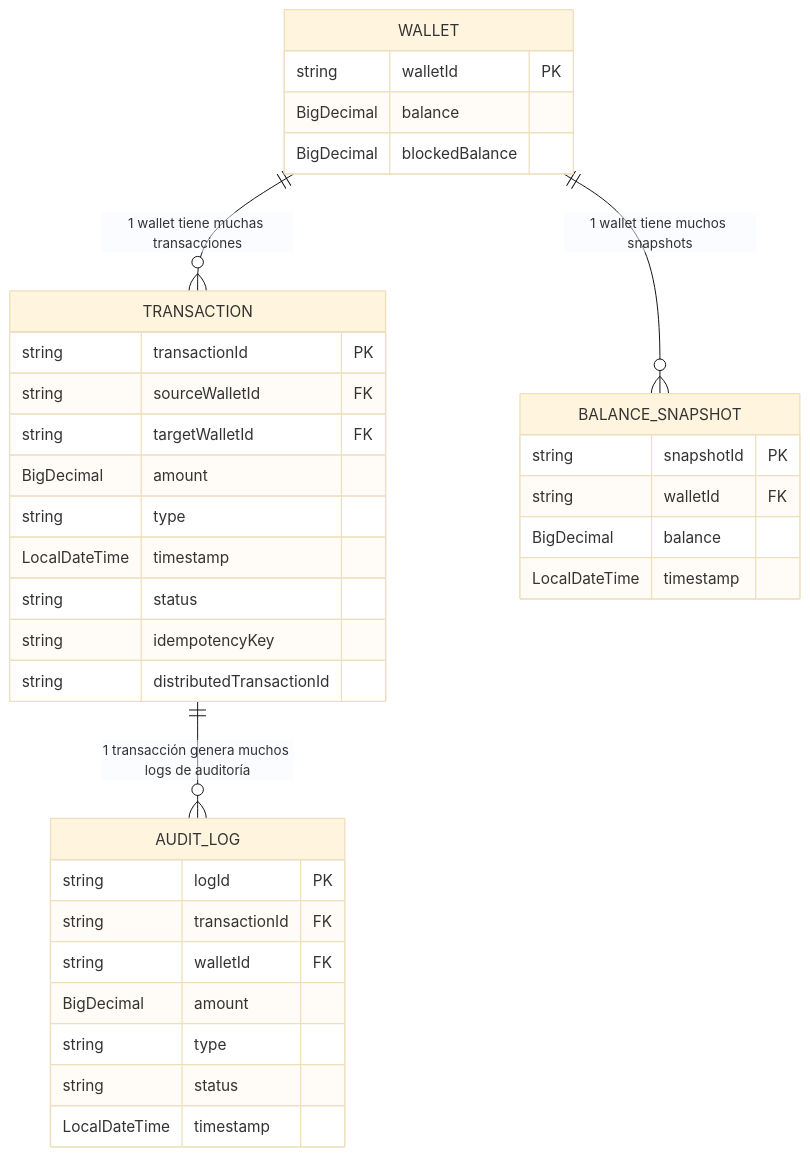
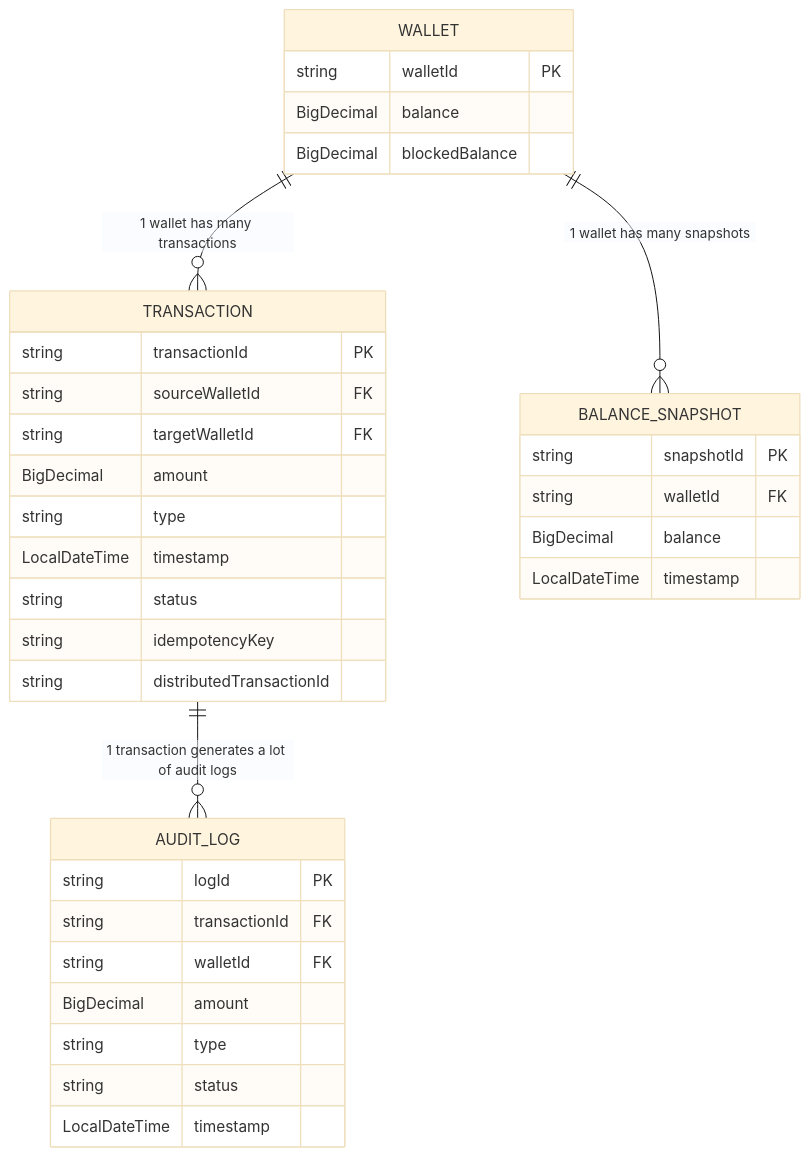
The diagram in README.md (mlennard/wallet-test), drawn with Mermaid (base theme) before and after one commit.

Commit message:
Relationships in english

````diff
--- a/README.md
+++ b/README.md
@@ -5,41 +5,41 @@
 ```mermaid
 erDiagram
-    WALLET ||--o{ TRANSACTION : "1 wallet tiene muchas transacciones"
-    WALLET ||--o{ BALANCE_SNAPSHOT : "1 wallet tiene muchos snapshots"
-    TRANSACTION ||--o{ AUDIT_LOG : "1 transacción genera muchos logs de auditoría"
+    WALLET ||--o{ TRANSACTION : "1 wallet has many transactions"
+    WALLET ||--o{ BALANCE_SNAPSHOT : "1 wallet has many snapshots"
+    TRANSACTION ||--o{ AUDIT_LOG : "1 transaction generates a lot of audit logs"
 
     WALLET {
         string walletId PK
         BigDecimal balance
         BigDecimal blockedBalance
     }
 
     TRANSACTION {
         string transactionId PK
         string sourceWalletId FK
         string targetWalletId FK
         BigDecimal amount
         string type
         LocalDateTime timestamp
         string status
         string idempotencyKey
         string distributedTransactionId
     }
 
     BALANCE_SNAPSHOT {
         string snapshotId PK
         string walletId FK
         BigDecimal balance
         LocalDateTime timestamp
     }
 
     AUDIT_LOG {
         string logId PK
         string transactionId FK
         string walletId FK
         BigDecimal amount
         string type
         string status
         LocalDateTime timestamp
     }
 ```
````
